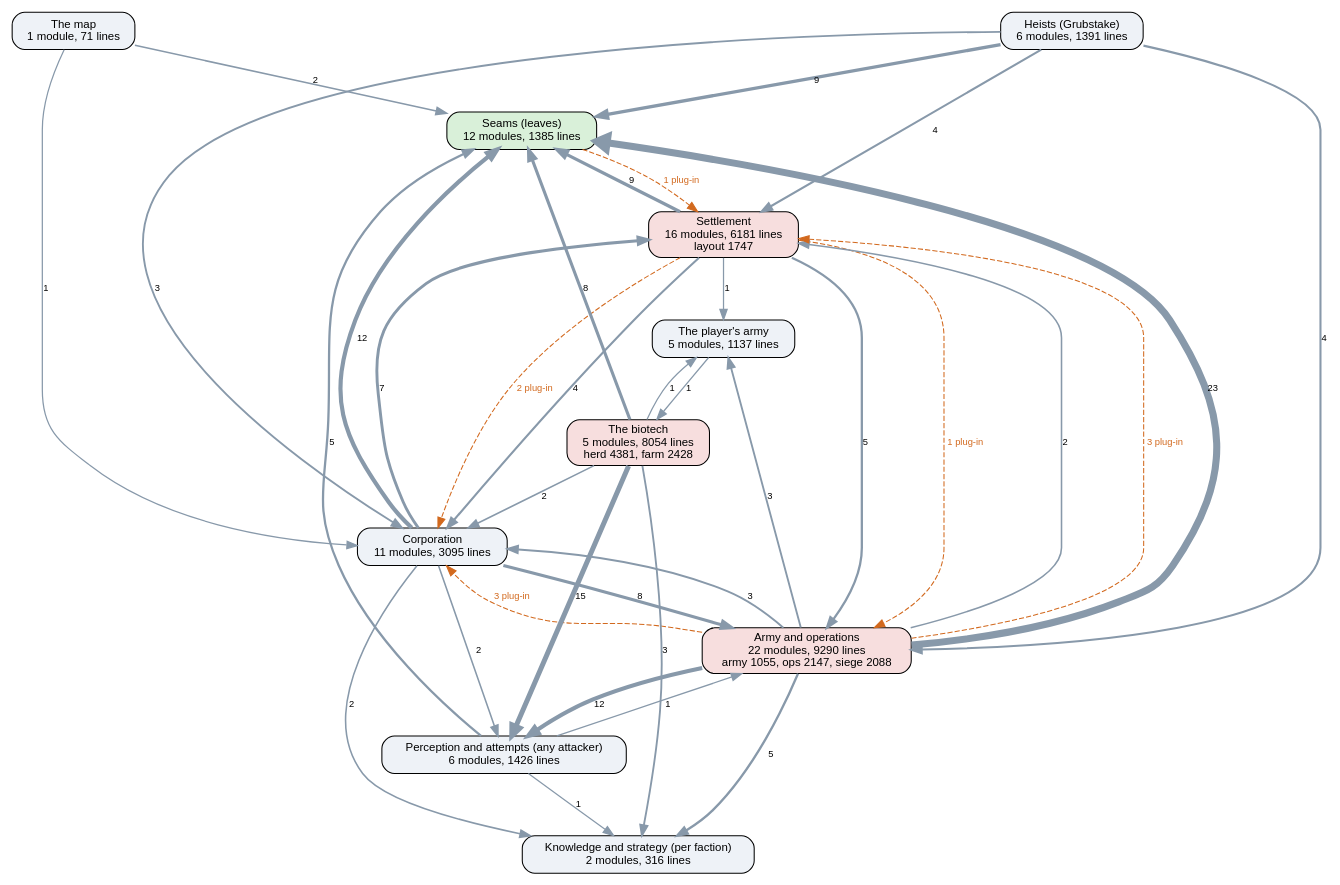
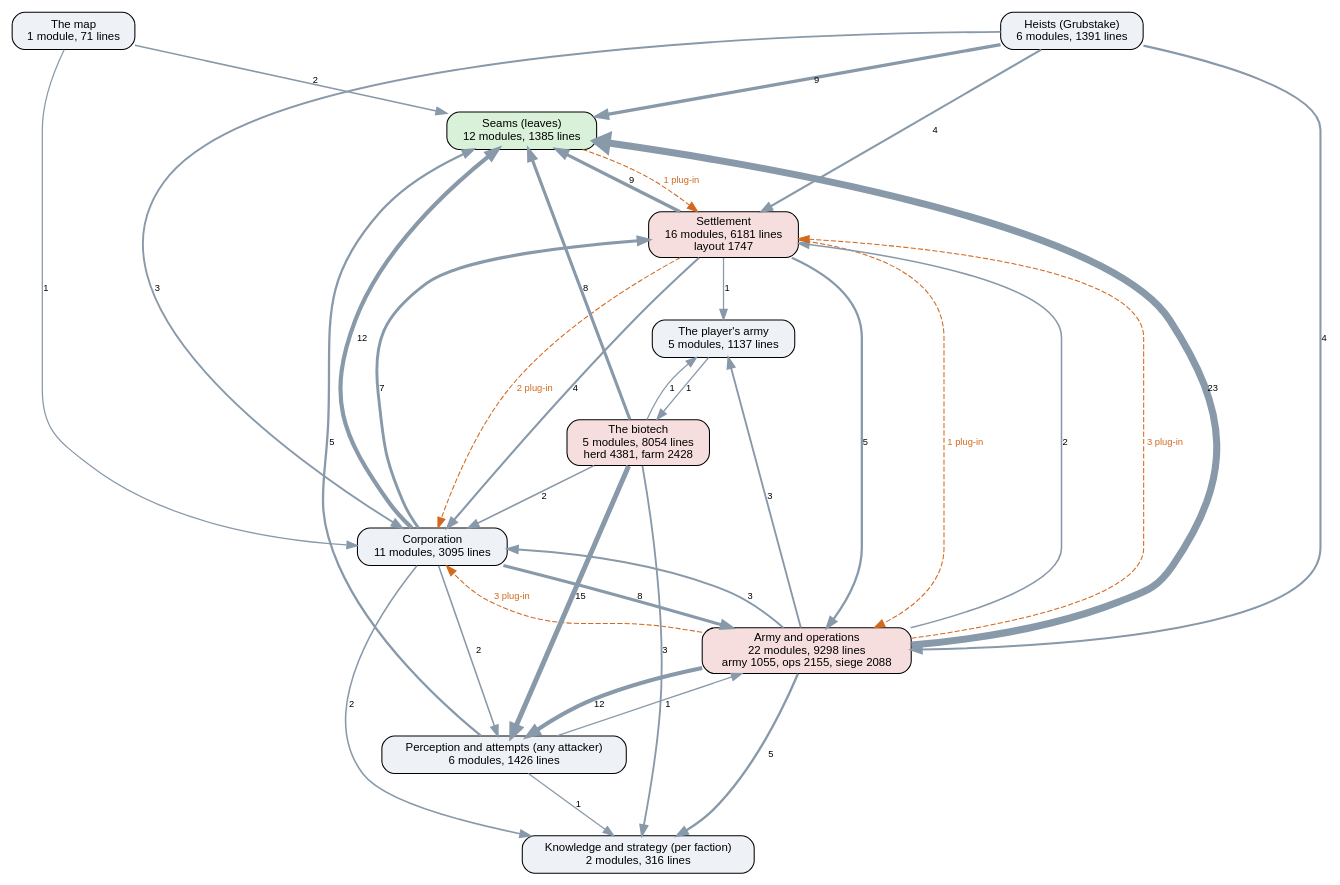
The diagram in docs/ai-layers.dot (kinelhu/landing-party), drawn with Graphviz before and after one commit. The commit also changed 10 other files, not shown here.

```diff
--- a/docs/ai-layers.dot
+++ b/docs/ai-layers.dot
@@ -1,50 +1,50 @@
 digraph layers {
   graph [rankdir=TB, fontname="Helvetica", nodesep=0.5, ranksep=0.7];
   node [shape=box, style="rounded,filled", fontname="Helvetica", fontsize=11, fillcolor="#eef2f7"];
   edge [color="#8899aa", fontname="Helvetica", fontsize=9];
   "Seams (leaves)" [label="Seams (leaves)\n12 modules, 1385 lines", fillcolor="#d9f0d9"];
   "Perception and attempts (any attacker)" [label="Perception and attempts (any attacker)\n6 modules, 1426 lines", fillcolor="#eef2f7"];
   "Knowledge and strategy (per faction)" [label="Knowledge and strategy (per faction)\n2 modules, 316 lines", fillcolor="#eef2f7"];
   "Corporation" [label="Corporation\n11 modules, 3095 lines", fillcolor="#eef2f7"];
   "Settlement" [label="Settlement\n16 modules, 6181 lines\nlayout 1747", fillcolor="#f7dede"];
-  "Army and operations" [label="Army and operations\n22 modules, 9290 lines\narmy 1055, ops 2147, siege 2088", fillcolor="#f7dede"];
+  "Army and operations" [label="Army and operations\n22 modules, 9298 lines\narmy 1055, ops 2155, siege 2088", fillcolor="#f7dede"];
   "Heists (Grubstake)" [label="Heists (Grubstake)\n6 modules, 1391 lines", fillcolor="#eef2f7"];
   "The biotech" [label="The biotech\n5 modules, 8054 lines\nherd 4381, farm 2428", fillcolor="#f7dede"];
   "The map" [label="The map\n1 module, 71 lines", fillcolor="#eef2f7"];
   "The player's army" [label="The player's army\n5 modules, 1137 lines", fillcolor="#eef2f7"];
   "Army and operations" -> "Corporation" [label="3", penwidth=1.8];
   "Army and operations" -> "Knowledge and strategy (per faction)" [label="5", penwidth=2.2];
   "Army and operations" -> "Perception and attempts (any attacker)" [label="12", penwidth=4.0];
   "Army and operations" -> "Seams (leaves)" [label="23", penwidth=6.8];
   "Army and operations" -> "Settlement" [label="2", penwidth=1.5];
   "Army and operations" -> "The player's army" [label="3", penwidth=1.8];
   "Corporation" -> "Army and operations" [label="8", penwidth=3.0];
   "Corporation" -> "Knowledge and strategy (per faction)" [label="2", penwidth=1.5];
   "Corporation" -> "Perception and attempts (any attacker)" [label="2", penwidth=1.5];
   "Corporation" -> "Seams (leaves)" [label="12", penwidth=4.0];
   "Corporation" -> "Settlement" [label="7", penwidth=2.8];
   "Heists (Grubstake)" -> "Army and operations" [label="4", penwidth=2.0];
   "Heists (Grubstake)" -> "Corporation" [label="3", penwidth=1.8];
   "Heists (Grubstake)" -> "Seams (leaves)" [label="9", penwidth=3.2];
   "Heists (Grubstake)" -> "Settlement" [label="4", penwidth=2.0];
   "Perception and attempts (any attacker)" -> "Army and operations" [label="1", penwidth=1.2];
   "Perception and attempts (any attacker)" -> "Knowledge and strategy (per faction)" [label="1", penwidth=1.2];
   "Perception and attempts (any attacker)" -> "Seams (leaves)" [label="5", penwidth=2.2];
   "Settlement" -> "Army and operations" [label="5", penwidth=2.2];
   "Settlement" -> "Corporation" [label="4", penwidth=2.0];
   "Settlement" -> "Seams (leaves)" [label="9", penwidth=3.2];
   "Settlement" -> "The player's army" [label="1", penwidth=1.2];
   "The biotech" -> "Corporation" [label="2", penwidth=1.5];
   "The biotech" -> "Knowledge and strategy (per faction)" [label="3", penwidth=1.8];
   "The biotech" -> "Perception and attempts (any attacker)" [label="15", penwidth=4.8];
   "The biotech" -> "Seams (leaves)" [label="8", penwidth=3.0];
   "The biotech" -> "The player's army" [label="1", penwidth=1.2];
   "The map" -> "Corporation" [label="1", penwidth=1.2];
   "The map" -> "Seams (leaves)" [label="2", penwidth=1.5];
   "The player's army" -> "The biotech" [label="1", penwidth=1.2];
   "Army and operations" -> "Corporation" [style=dashed, color="#d2691e", fontcolor="#d2691e", label="3 plug-in"];
   "Army and operations" -> "Settlement" [style=dashed, color="#d2691e", fontcolor="#d2691e", label="3 plug-in"];
   "Seams (leaves)" -> "Settlement" [style=dashed, color="#d2691e", fontcolor="#d2691e", label="1 plug-in"];
   "Settlement" -> "Army and operations" [style=dashed, color="#d2691e", fontcolor="#d2691e", label="1 plug-in"];
   "Settlement" -> "Corporation" [style=dashed, color="#d2691e", fontcolor="#d2691e", label="2 plug-in"];
 }
```
